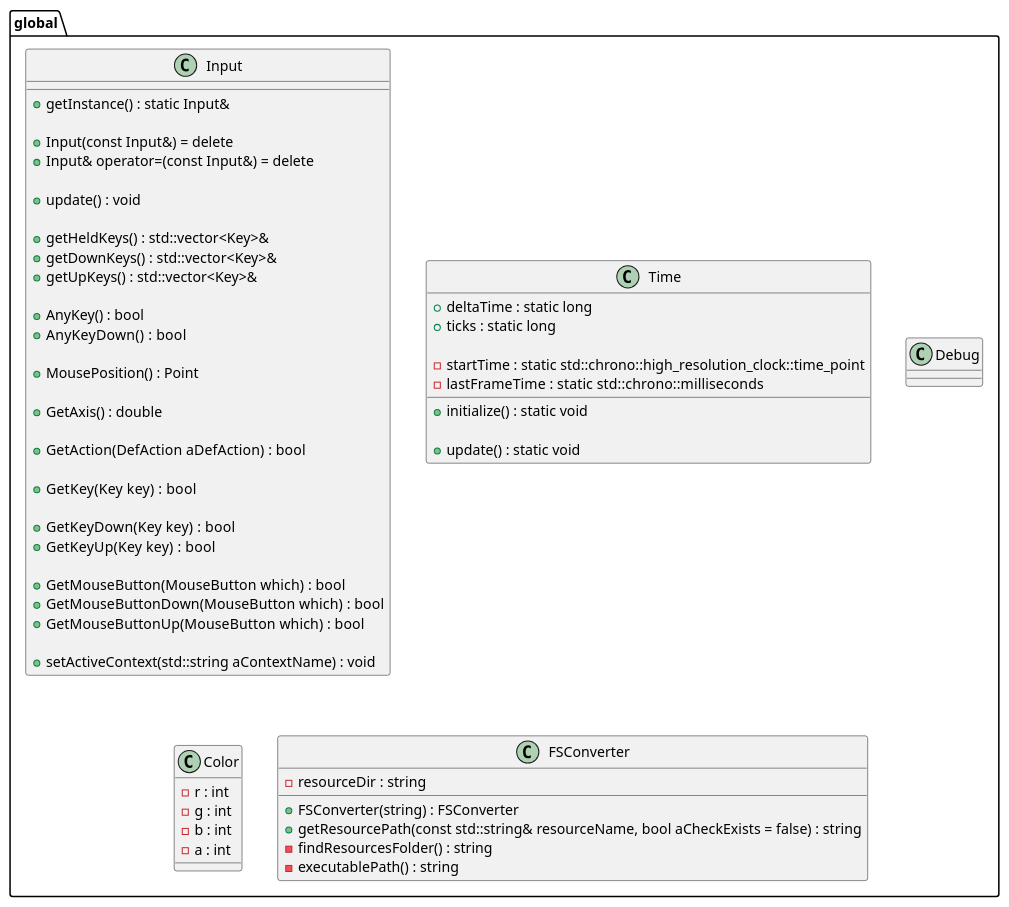
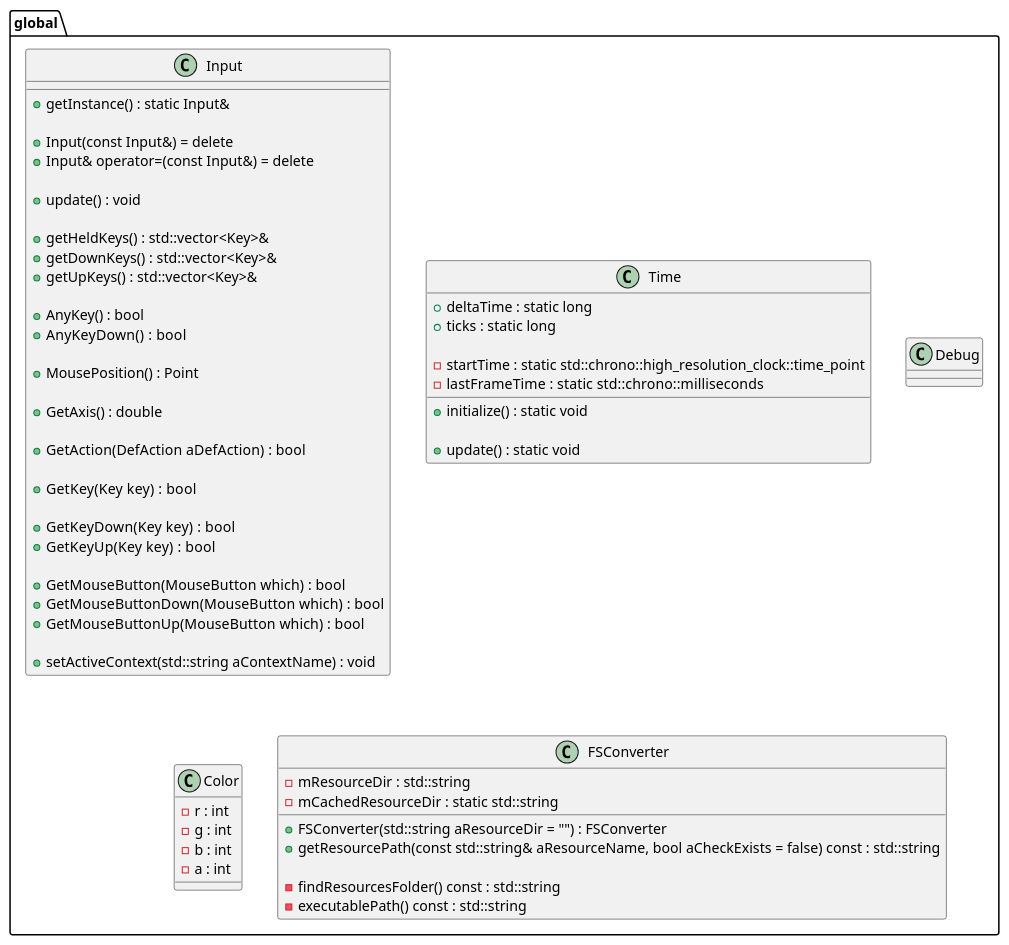
Before and after one commit to Seger01/GameEngine: the diagram in docs/Diagrams/classDiagramPackages/globalPackage.puml, drawn with PlantUML.

Commit message:
updated FSConverter class diagram

```diff
--- a/docs/Diagrams/classDiagramPackages/globalPackage.puml
+++ b/docs/Diagrams/classDiagramPackages/globalPackage.puml
@@ -1,66 +1,68 @@
 @startuml globalPackageClassDiagram
 package global{
 class Input{
     + getInstance() : static Input&
 
     + Input(const Input&) = delete
     + Input& operator=(const Input&) = delete
 
     + update() : void 
 
     + getHeldKeys() : std::vector<Key>& 
     + getDownKeys() : std::vector<Key>& 
     + getUpKeys() : std::vector<Key>& 
 
     + AnyKey() : bool
     + AnyKeyDown()  : bool 
 
     + MousePosition() : Point 
 
     + GetAxis() : double 
 
     + GetAction(DefAction aDefAction)  : bool 
 
     + GetKey(Key key)  : bool 
 
     + GetKeyDown(Key key)  : bool 
     + GetKeyUp(Key key)  : bool 
 
     + GetMouseButton(MouseButton which)  : bool 
     + GetMouseButtonDown(MouseButton which)  : bool 
     + GetMouseButtonUp(MouseButton which)  : bool 
 
     + setActiveContext(std::string aContextName) : void 
 }
 
 
 class Time{
     + initialize() : static void 
 
     + update() : static void
 
     + deltaTime : static long
     + ticks : static long 
 
     - startTime : static std::chrono::high_resolution_clock::time_point 
     - lastFrameTime :  static std::chrono::milliseconds
 }
 
 class Debug{}
 
 class Color{
     - r : int
     - g : int
     - b : int
     - a : int
 }
 
 class FSConverter {
-    + FSConverter(string) : FSConverter
-    + getResourcePath(const std::string& resourceName, bool aCheckExists = false) : string
-    - findResourcesFolder() : string
-    - executablePath() : string
-    - resourceDir : string
+    + FSConverter(std::string aResourceDir = "") : FSConverter
+    + getResourcePath(const std::string& aResourceName, bool aCheckExists = false) const : std::string
+
+    - findResourcesFolder() const : std::string
+    - executablePath() const : std::string
+    - mResourceDir : std::string
+    - mCachedResourceDir : static std::string
 }
 }
 @enduml
```
